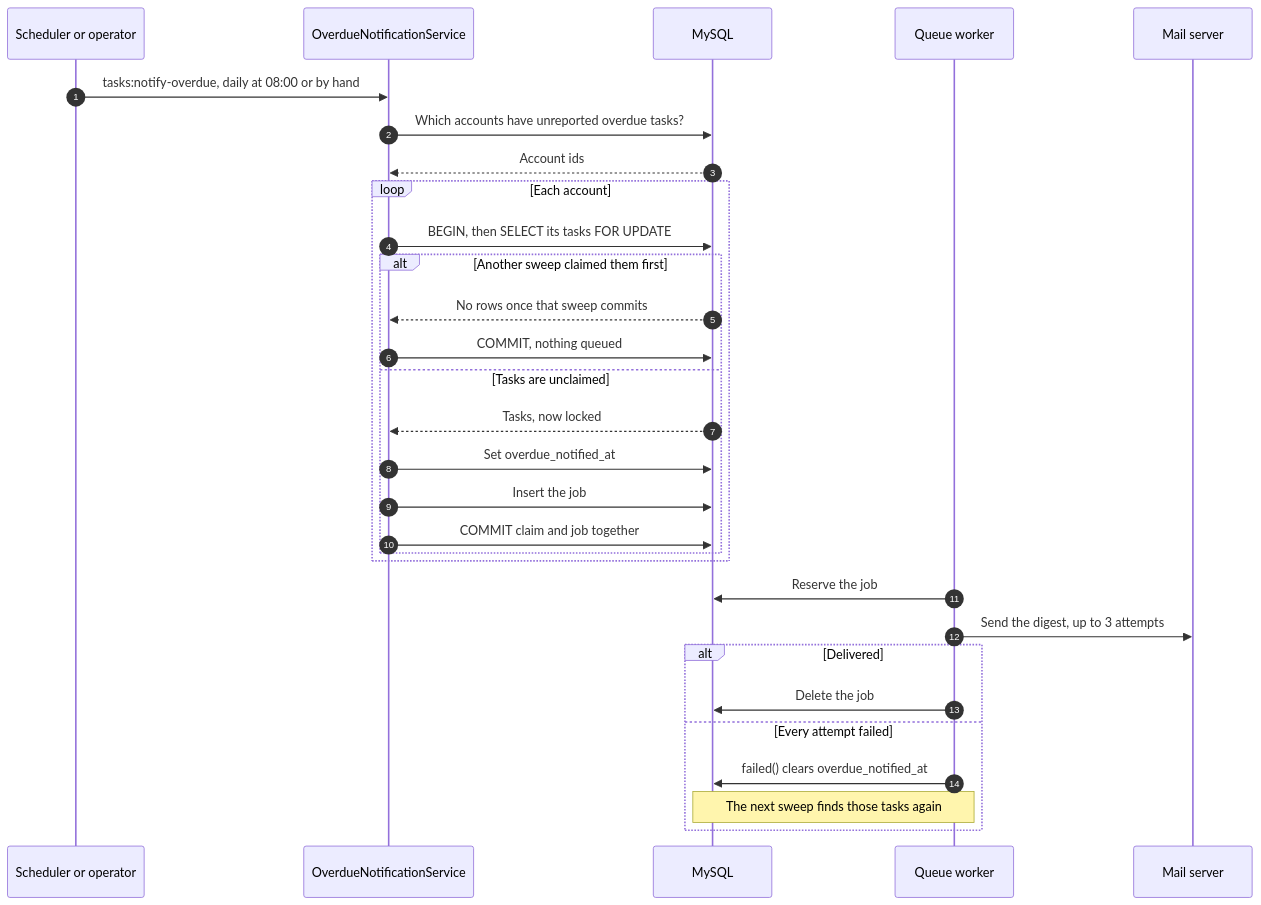
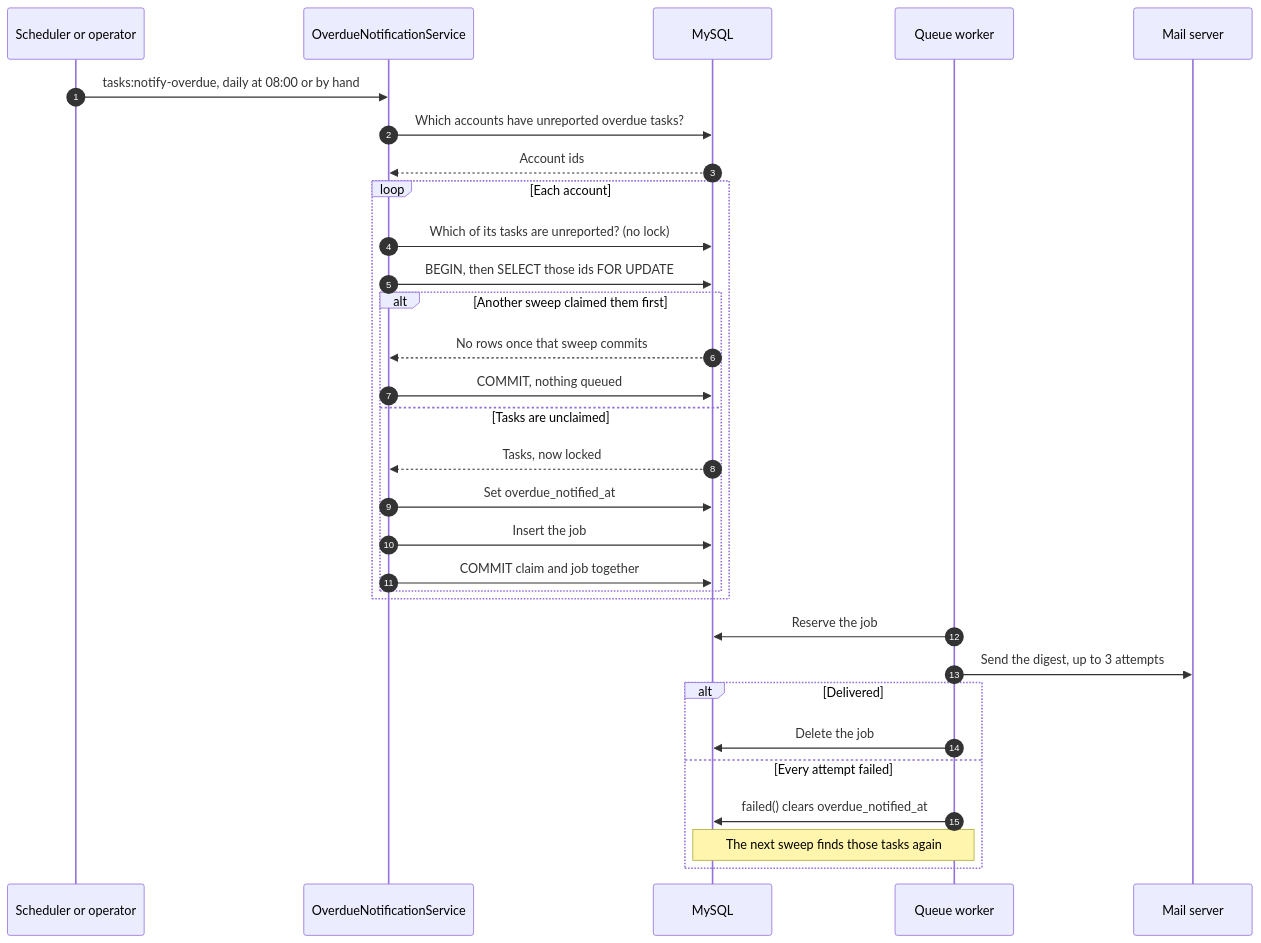
The diagram in README.md (abdallahElsaed/task-management-system), drawn with Mermaid before and after one commit. The commit also changed other lines of this file and 10 other files, not shown here.

````diff
--- a/README.md
+++ b/README.md
@@ -29,33 +29,34 @@
 ```mermaid
 sequenceDiagram
     autonumber
     participant Trigger as Scheduler or operator
     participant Sweep as OverdueNotificationService
     participant DB as MySQL
     participant Worker as Queue worker
     participant Mail as Mail server
 
     Trigger->>Sweep: tasks:notify-overdue, daily at 08:00 or by hand
     Sweep->>DB: Which accounts have unreported overdue tasks?
     DB-->>Sweep: Account ids
     loop Each account
-        Sweep->>DB: BEGIN, then SELECT its tasks FOR UPDATE
+        Sweep->>DB: Which of its tasks are unreported? (no lock)
+        Sweep->>DB: BEGIN, then SELECT those ids FOR UPDATE
         alt Another sweep claimed them first
             DB-->>Sweep: No rows once that sweep commits
             Sweep->>DB: COMMIT, nothing queued
         else Tasks are unclaimed
             DB-->>Sweep: Tasks, now locked
             Sweep->>DB: Set overdue_notified_at
             Sweep->>DB: Insert the job
             Sweep->>DB: COMMIT claim and job together
         end
     end
     Worker->>DB: Reserve the job
     Worker->>Mail: Send the digest, up to 3 attempts
     alt Delivered
         Worker->>DB: Delete the job
     else Every attempt failed
         Worker->>DB: failed() clears overdue_notified_at
         Note over Worker,DB: The next sweep finds those tasks again
     end
 ```
````
